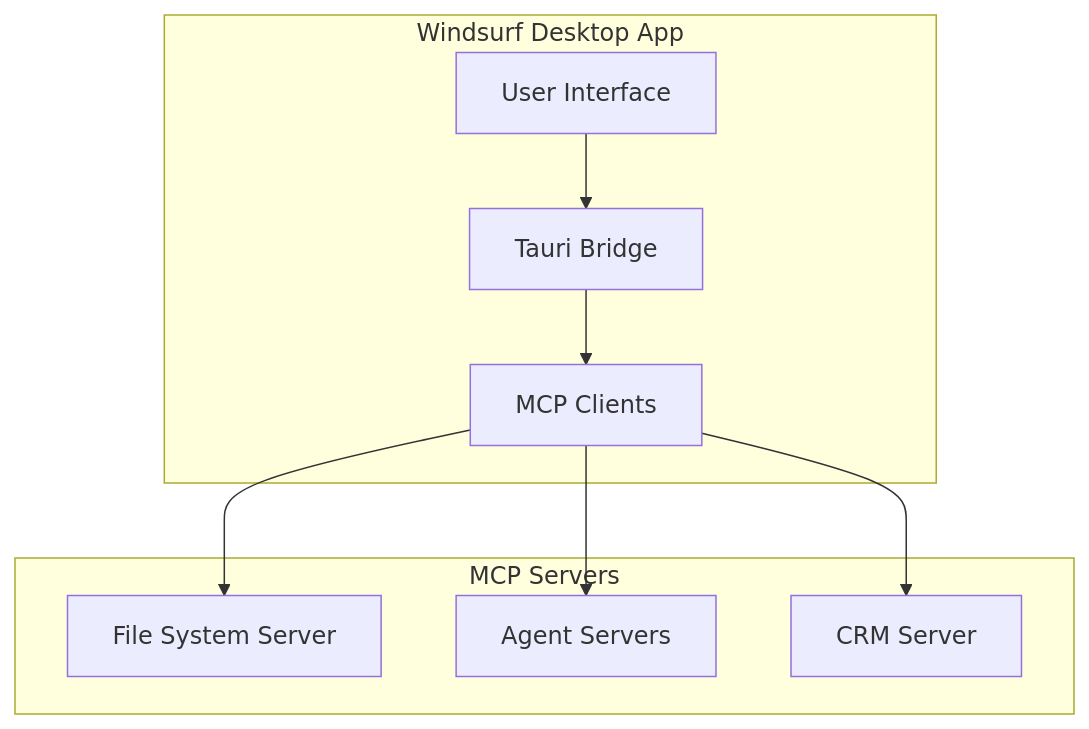
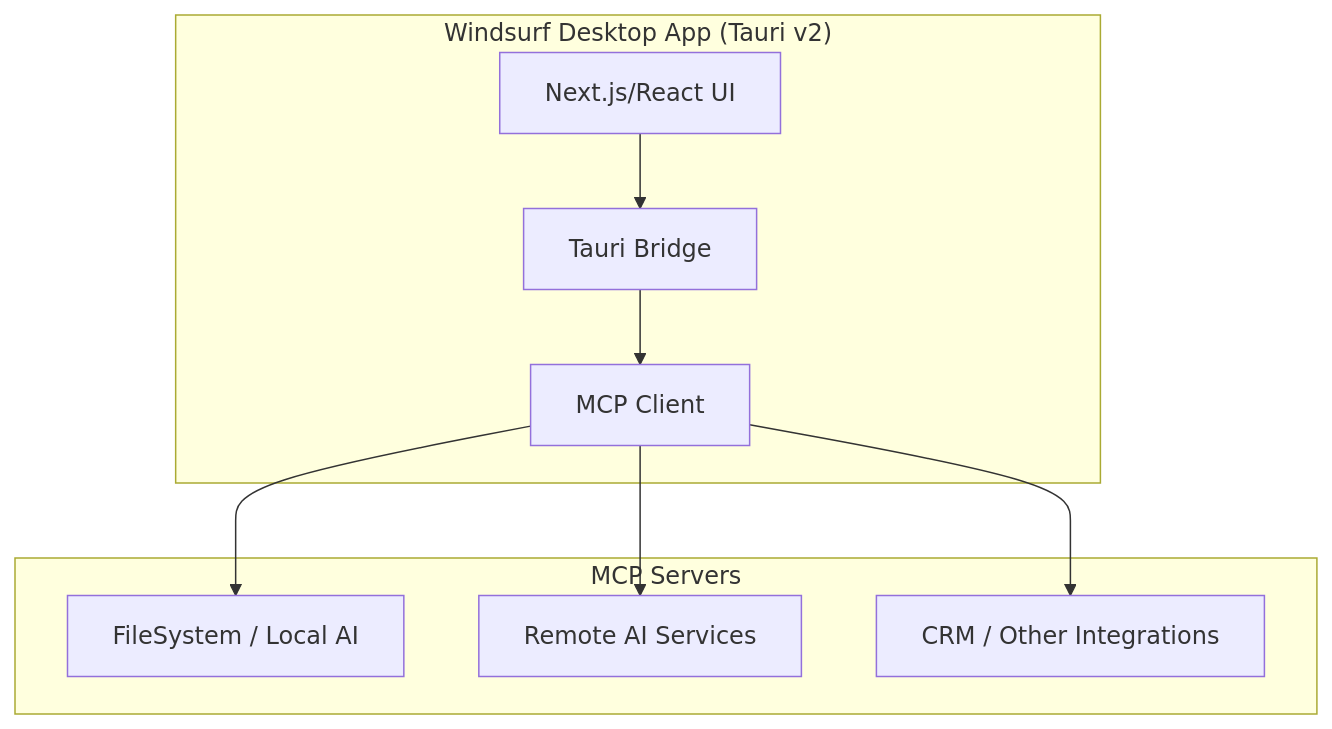
The diagram in docs/project-overview.md (quick-bots/tauri), drawn with Mermaid before and after one commit. The commit also changed other lines of this file and 5 other files, not shown here.

````diff
--- a/docs/project-overview.md
+++ b/docs/project-overview.md
@@ -181,20 +147,18 @@
 ```mermaid
 graph TD
-    subgraph "Windsurf Desktop App"
-        UI[User Interface]
-        MC[MCP Clients]
+    subgraph "Windsurf Desktop App (Tauri v2)"
+        UI[Next.js/React UI]
         TB[Tauri Bridge]
+        MC[MCP Client]
     end
-    
     subgraph "MCP Servers"
-        FS[File System Server]
-        AS[Agent Servers]
-        CS[CRM Server]
+        FS[FileSystem / Local AI]
+        REM[Remote AI Services]
+        CRM[CRM / Other Integrations]
     end
-    
     UI --> TB
     TB --> MC
     MC --> FS
-    MC --> AS
-    MC --> CS
+    MC --> REM
+    MC --> CRM
 ```
````
